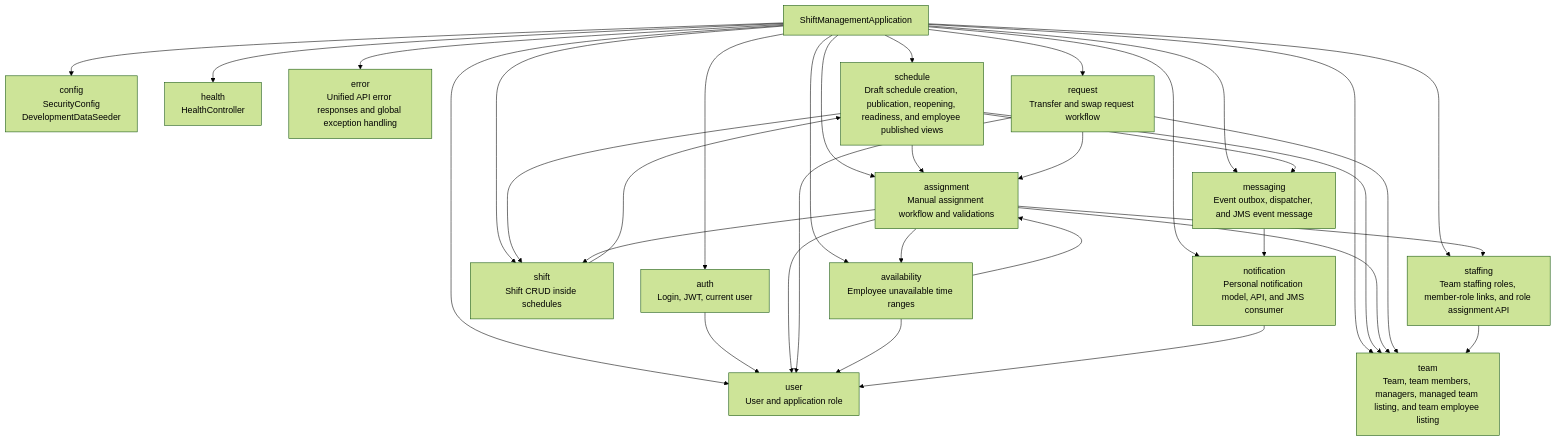
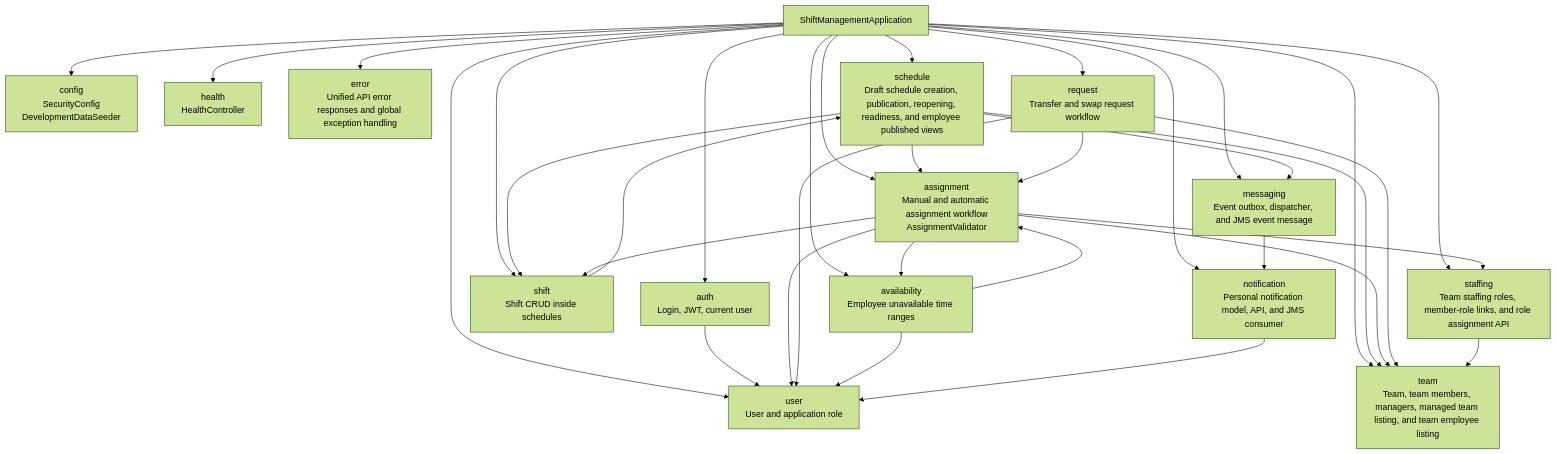
The second of 19 diagrams in docs/current-backend-architecture.md (HiliMor/shift-management-system), drawn with Mermaid (forest theme) before and after one commit. The commit also changed other lines of this file and 5 other files, not shown here.

Commit message:
Assignment refactor: Extract assignment validator

````diff
--- a/docs/current-backend-architecture.md
+++ b/docs/current-backend-architecture.md
@@ -75,54 +76,54 @@
 ```mermaid
 flowchart TD
     app["ShiftManagementApplication"]
 
     config["config<br/>SecurityConfig<br/>DevelopmentDataSeeder"]
     health["health<br/>HealthController"]
     auth["auth<br/>Login, JWT, current user"]
     error["error<br/>Unified API error responses and global exception handling"]
     user["user<br/>User and application role"]
     team["team<br/>Team, team members, managers, managed team listing, and team employee listing"]
     schedule["schedule<br/>Draft schedule creation, publication, reopening, readiness, and employee published views"]
     shift["shift<br/>Shift CRUD inside schedules"]
-    assignment["assignment<br/>Manual assignment workflow and validations"]
+    assignment["assignment<br/>Manual and automatic assignment workflow<br/>AssignmentValidator"]
     request["request<br/>Transfer and swap request workflow"]
     availability["availability<br/>Employee unavailable time ranges"]
     staffing["staffing<br/>Team staffing roles, member-role links, and role assignment API"]
     messaging["messaging<br/>Event outbox, dispatcher, and JMS event message"]
     notification["notification<br/>Personal notification model, API, and JMS consumer"]
 
     app --> config
     app --> health
     app --> auth
     app --> error
     app --> user
     app --> team
     app --> schedule
     app --> shift
     app --> assignment
     app --> request
     app --> availability
     app --> staffing
     app --> messaging
     app --> notification
 
     auth --> user
     schedule --> team
     schedule --> shift
     schedule --> assignment
     schedule --> messaging
     messaging --> notification
     shift --> schedule
     assignment --> shift
     assignment --> team
     assignment --> user
     assignment --> availability
     assignment --> staffing
     request --> assignment
     request --> team
     request --> user
     availability --> user
     availability --> assignment
     staffing --> team
     notification --> user
 ```
````
